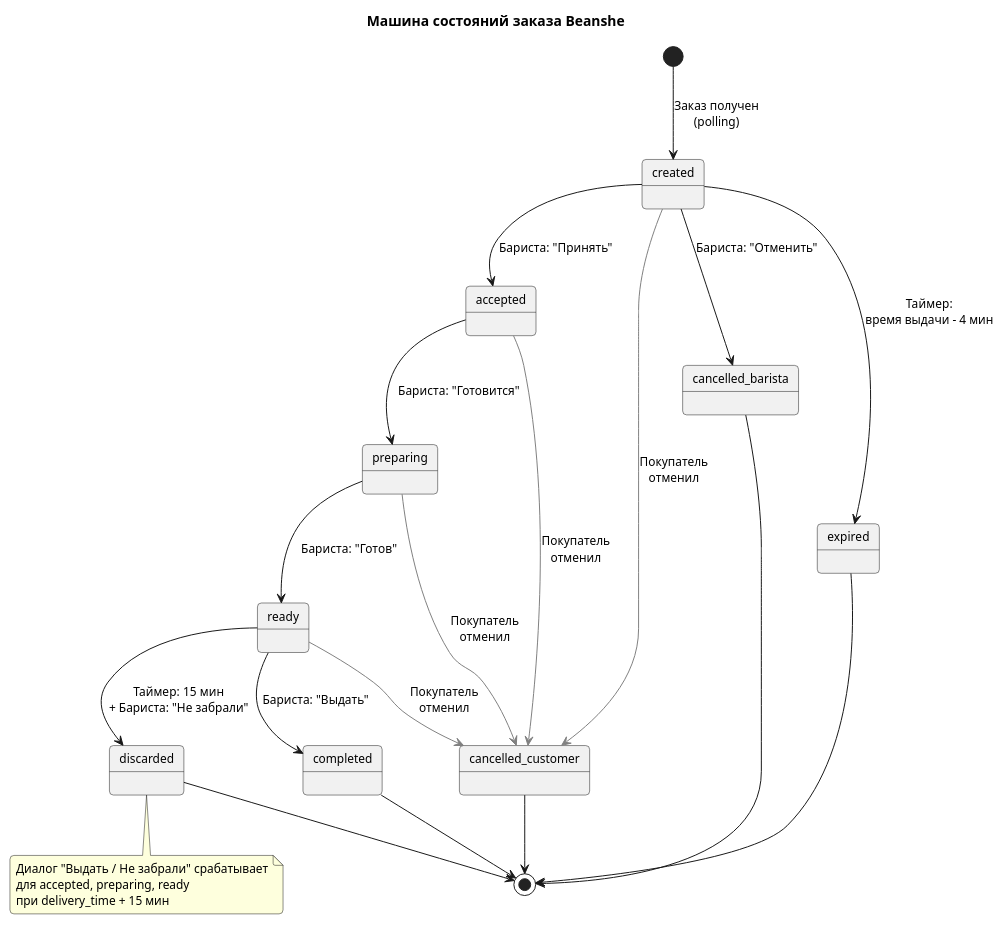
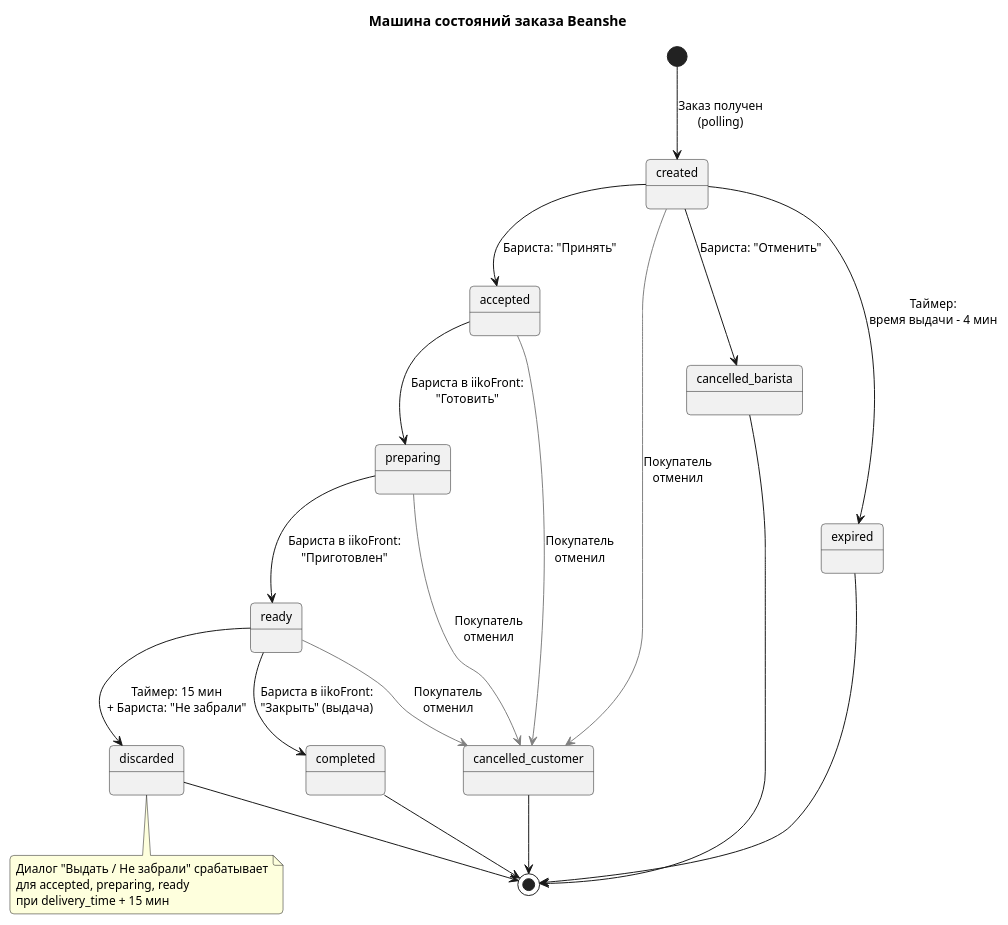
The tenth of 10 diagrams in materials/Бинши/Beanshe-спецификация.md (KirillTyurin21/prototypes), drawn with PlantUML before and after one commit. The commit also changed other lines of this file and 18 other files, not shown here.

````diff
--- a/materials/Бинши/Beanshe-спецификация.md
+++ b/materials/Бинши/Beanshe-спецификация.md
@@ -1270,40 +1732,40 @@
 ```plantuml
 @startuml машина-состояний
 skinparam backgroundColor white
 skinparam defaultFontName "Segoe UI"
 skinparam defaultFontSize 12
 skinparam shadowing false
 skinparam roundcorner 8
 
 title "Машина состояний заказа Beanshe"
 
 [*] --> created : Заказ получен\n(polling)
 
 created --> accepted : Бариста: "Принять"
 created --> cancelled_barista : Бариста: "Отменить"
 created --> expired : Таймер:\nвремя выдачи - 4 мин
 created -[#gray]-> cancelled_customer : Покупатель\nотменил
 
-accepted --> preparing : Бариста: "Готовится"
+accepted --> preparing : Бариста в iikoFront:\n"Готовить"
 accepted -[#gray]-> cancelled_customer : Покупатель\nотменил
 
-preparing --> ready : Бариста: "Готов"
+preparing --> ready : Бариста в iikoFront:\n"Приготовлен"
 preparing -[#gray]-> cancelled_customer : Покупатель\nотменил
 
-ready --> completed : Бариста: "Выдать"
+ready --> completed : Бариста в iikoFront:\n"Закрыть" (выдача)
 ready --> discarded : Таймер: 15 мин\n+ Бариста: "Не забрали"
 ready -[#gray]-> cancelled_customer : Покупатель\nотменил
 
 note bottom of discarded
   Диалог "Выдать / Не забрали" срабатывает
   для accepted, preparing, ready
   при delivery_time + 15 мин
 end note
 
 completed --> [*]
 cancelled_barista --> [*]
 cancelled_customer --> [*]
 expired --> [*]
 discarded --> [*]
 @enduml
 ```
````
